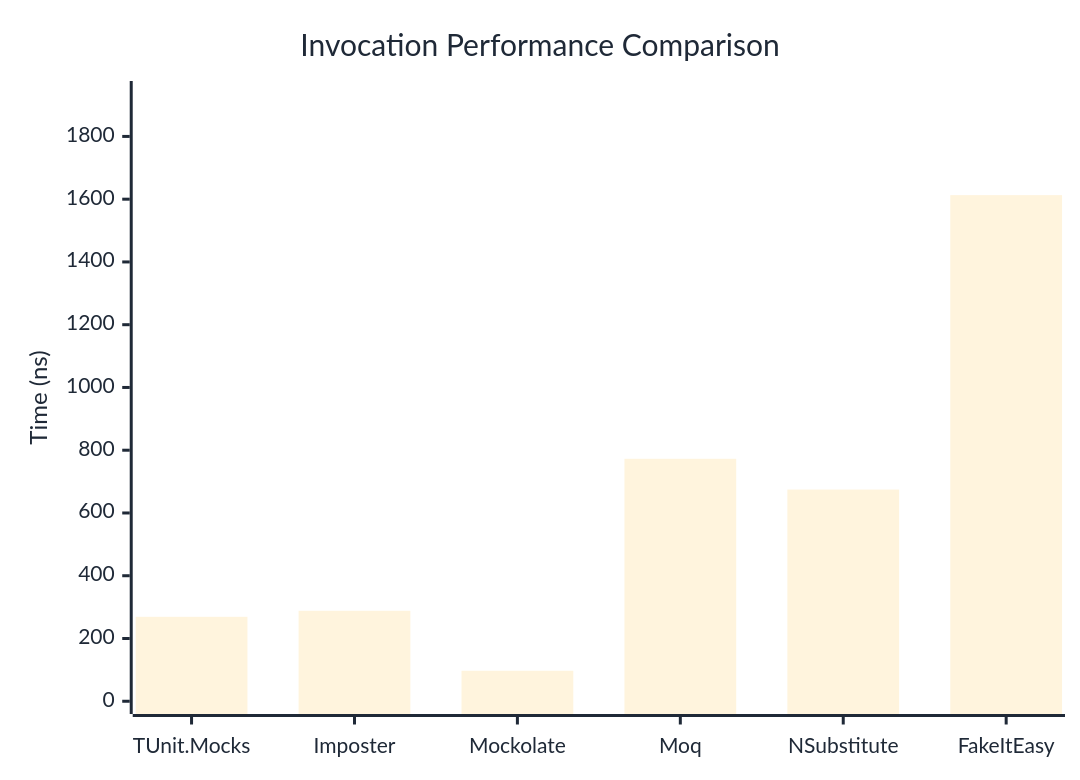
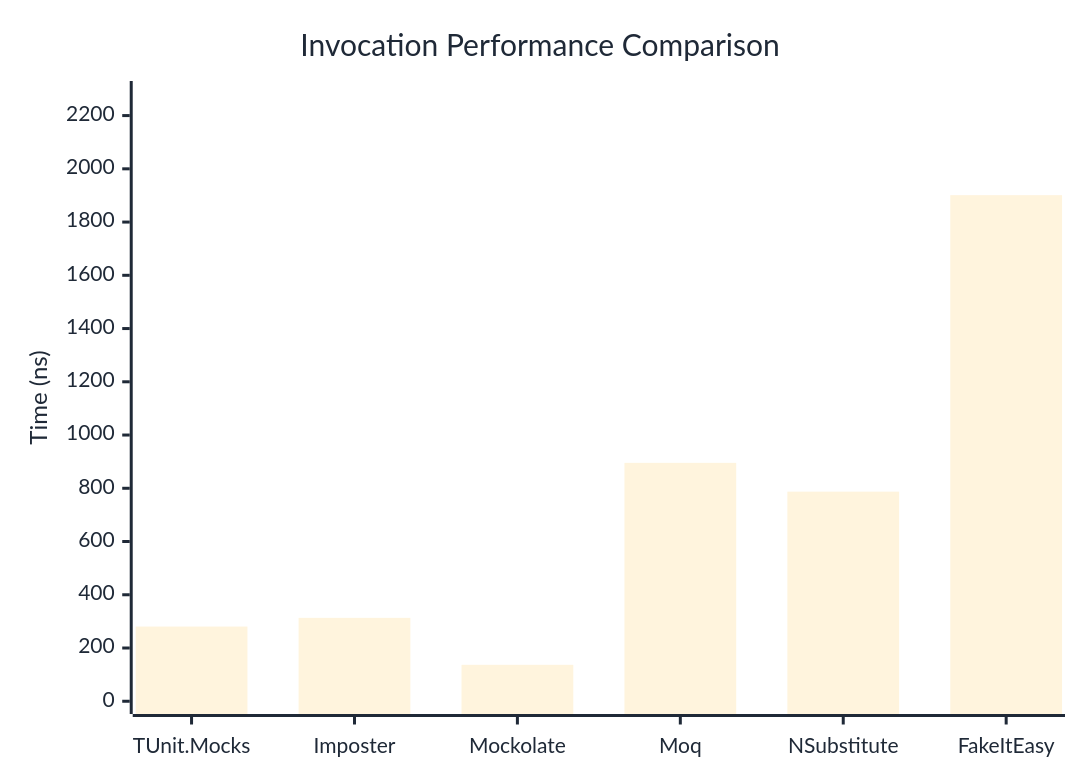
Before and after one commit to thomhurst/TUnit: the first of 3 diagrams in docs/docs/benchmarks/mocks/Invocation.md, drawn with Mermaid. The commit also changed other lines of this file and 14 other files, not shown here.

````diff
--- a/docs/docs/benchmarks/mocks/Invocation.md
+++ b/docs/docs/benchmarks/mocks/Invocation.md
@@ -30,27 +30,27 @@
 ```mermaid
 %%{init: {
   'theme':'base',
   'themeVariables': {
     'primaryColor': '#2563eb',
     'primaryTextColor': '#1f2937',
     'primaryBorderColor': '#1e40af',
     'lineColor': '#6b7280',
     'secondaryColor': '#7c3aed',
     'tertiaryColor': '#dc2626',
     'background': '#ffffff',
     'pie1': '#2563eb',
     'pie2': '#7c3aed',
     'pie3': '#dc2626',
     'pie4': '#f59e0b',
     'pie5': '#10b981',
     'pie6': '#06b6d4',
     'pie7': '#ec4899',
     'pie8': '#6366f1'
   }
 }}%%
 xychart-beta
   title "Invocation Performance Comparison"
   x-axis ["TUnit.Mocks", "Imposter", "Mockolate", "Moq", "NSubstitute", "FakeItEasy"]
-  y-axis "Time (ns)" 0 --> 1936
-  bar [269.1, 288.28, 97.12, 772.7, 674.66, 1612.88]
+  y-axis "Time (ns)" 0 --> 2282
+  bar [280.6, 313.3, 136.8, 895.5, 787.3, 1901.1]
 ```
````
